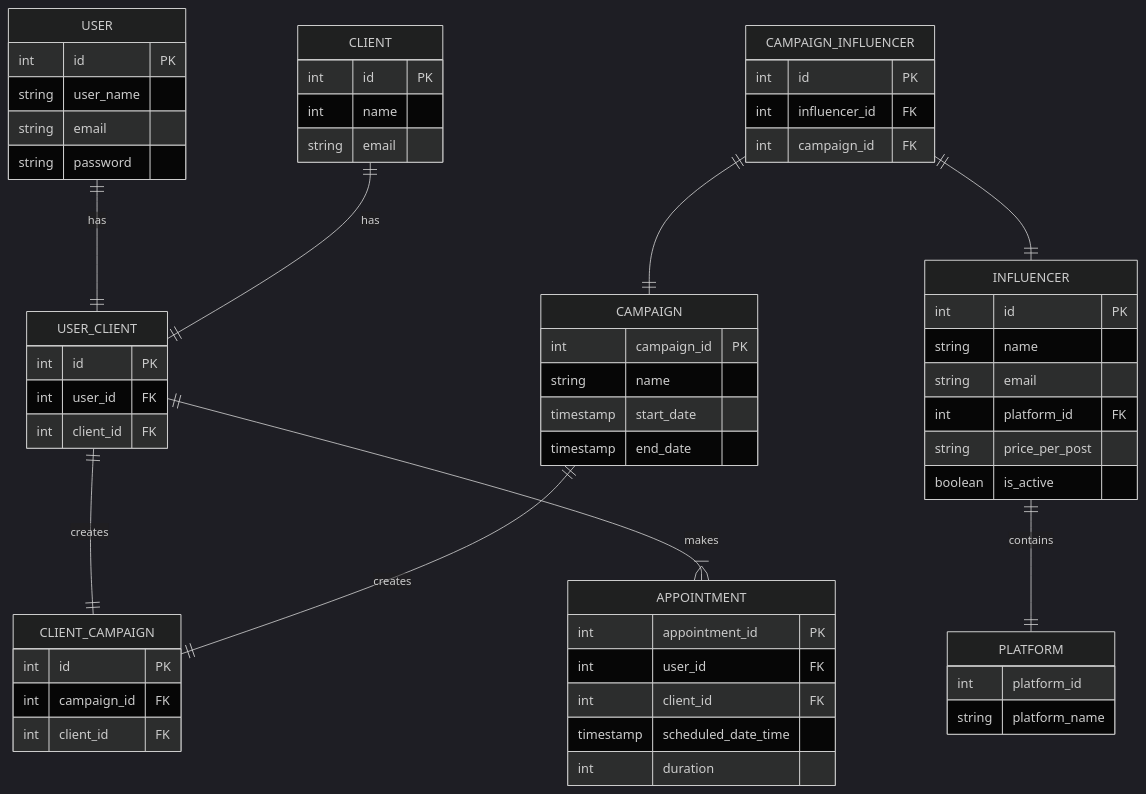
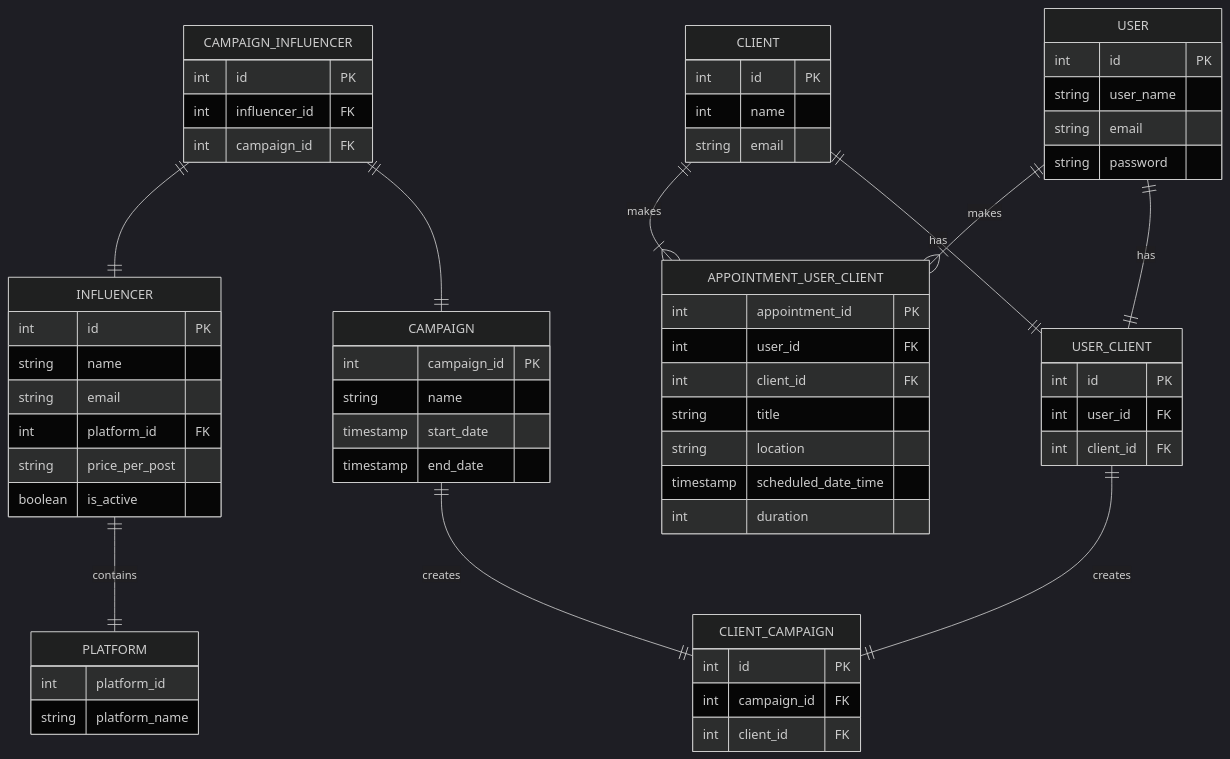
The second of 2 diagrams in README.md (ConorPMullan/swim-marketing), drawn with Mermaid before and after one commit.

````diff
--- a/README.md
+++ b/README.md
@@ -52,65 +52,68 @@
 ```mermaid
 %%{init: {'theme': 'dark' } }%%
 
 erDiagram
     USER {
         int id PK
         string user_name
         string email
         string password
     }
     USER_CLIENT {
         int id PK
         int user_id FK
         int client_id FK
     }
     CLIENT {
         int id PK
         int name
         string email
     }
     CLIENT_CAMPAIGN {
         int id PK
         int campaign_id FK
         int client_id FK
     }
     CAMPAIGN {
         int campaign_id PK
         string name
         timestamp start_date
         timestamp end_date
     }
     CAMPAIGN_INFLUENCER {
         int id PK
         int influencer_id FK
         int campaign_id FK
     }
     INFLUENCER {
         int id PK
         string name
         string email
         int platform_id FK
         string price_per_post
         boolean is_active
     }
     PLATFORM {
         int platform_id
         string platform_name
     }
-    APPOINTMENT {
+    APPOINTMENT_USER_CLIENT {
         int appointment_id PK
         int user_id FK
         int client_id FK
+        string title
+        string location
         timestamp scheduled_date_time
         int duration
     }
     USER ||--|| USER_CLIENT: "has"
     CLIENT ||--|| USER_CLIENT: "has"
     USER_CLIENT ||--|| CLIENT_CAMPAIGN : "creates"
     CAMPAIGN ||--|| CLIENT_CAMPAIGN : "creates"
-    USER_CLIENT ||--|{ APPOINTMENT : "makes"
+    USER ||--|{ APPOINTMENT_USER_CLIENT : "makes"
+    CLIENT ||--|{ APPOINTMENT_USER_CLIENT : "makes"
     CAMPAIGN_INFLUENCER ||--|| CAMPAIGN : ""
     CAMPAIGN_INFLUENCER ||--|| INFLUENCER : ""
     INFLUENCER ||--|| PLATFORM : "contains"
 
 ```
````
